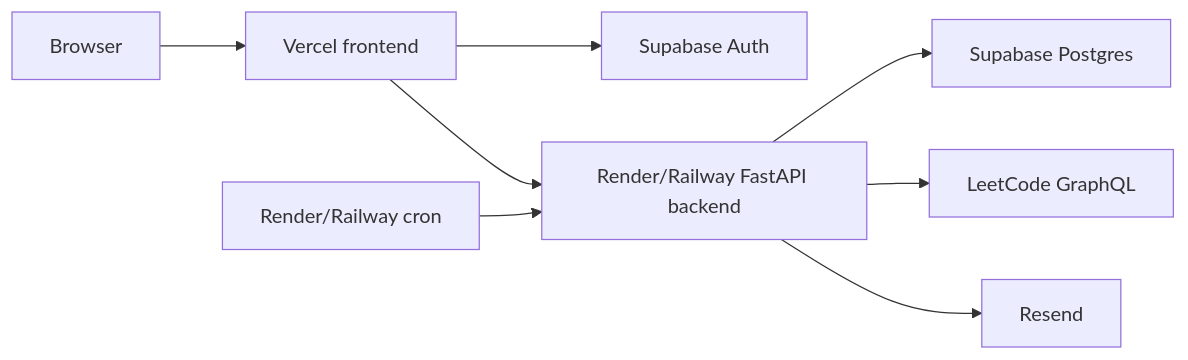
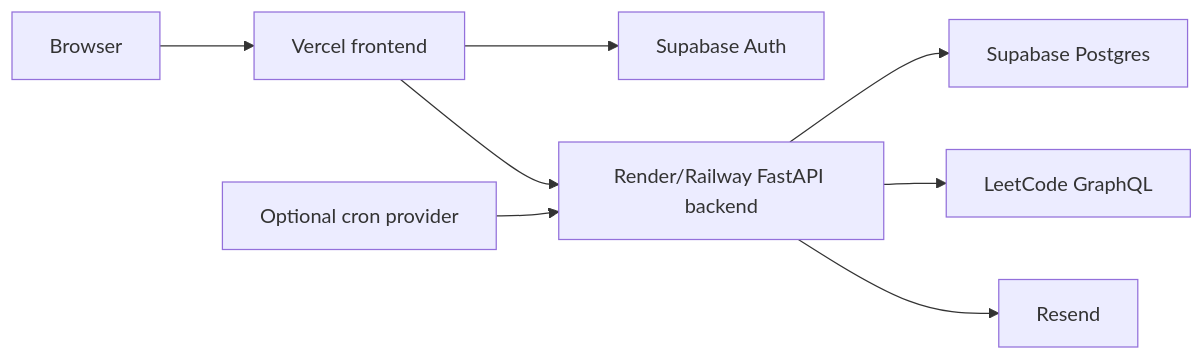
One commit to kprashanth01/leettrack changed the diagram in docs/deployment.md. Above: the diagram before and after it, drawn with Mermaid. The commit also changed other lines of this file and 5 other files, not shown here.

````diff
--- a/docs/deployment.md
+++ b/docs/deployment.md
@@ -13,10 +13,10 @@
 ```mermaid
 flowchart LR
   User["Browser"] --> Vercel["Vercel frontend"]
   Vercel --> SupabaseAuth["Supabase Auth"]
   Vercel --> Backend["Render/Railway FastAPI backend"]
   Backend --> SupabaseDb["Supabase Postgres"]
   Backend --> LeetCode["LeetCode GraphQL"]
   Backend --> Resend["Resend"]
-  Cron["Render/Railway cron"] --> Backend
+  OptionalCron["Optional cron provider"] --> Backend
 ```
````
